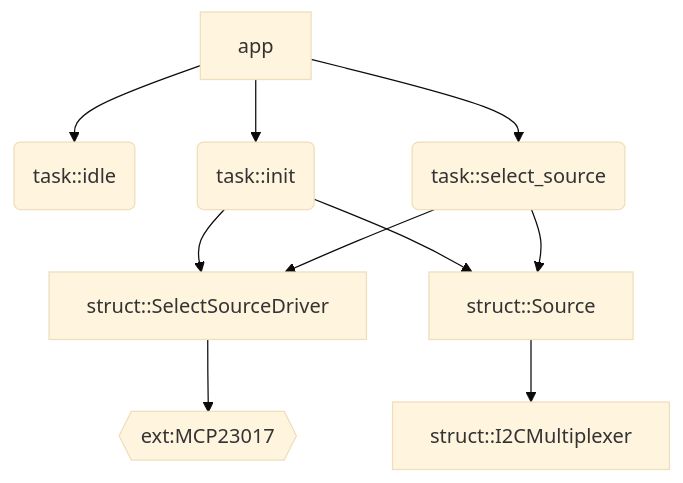
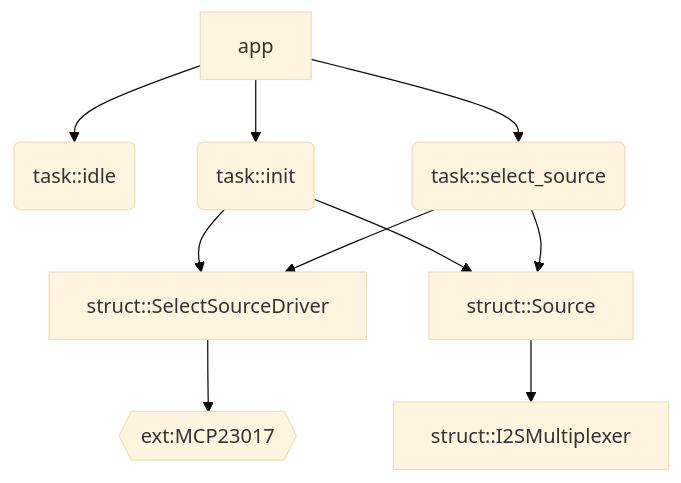
The diagram in docs/model/dependencies/dependencies.md (adoble/modular-audio), drawn with Mermaid (base theme) before and after one commit.

Commit message:
Correction

````diff
--- a/docs/model/dependencies/dependencies.md
+++ b/docs/model/dependencies/dependencies.md
@@ -3,26 +3,26 @@
 ```mermaid
 
 flowchart TB
     idle(task::idle)
     init(task::init)
     select_source(task::select_source)
     SelectSourceDriver[struct::SelectSourceDriver]
     Source[struct::Source]
-    I2CMultiplexer[struct::I2CMultiplexer]
+    I2SMultiplexer[struct::I2SMultiplexer]
 
     MCP23017{{ext:MCP23017}}
 
     app --> idle
     app --> init 
     init --> SelectSourceDriver
     init --> Source
     app --> select_source
     select_source --> SelectSourceDriver
     select_source --> Source
     SelectSourceDriver --> MCP23017
-    Source --> I2CMultiplexer
+    Source --> I2SMultiplexer
 
 
 
 
 ```
````
